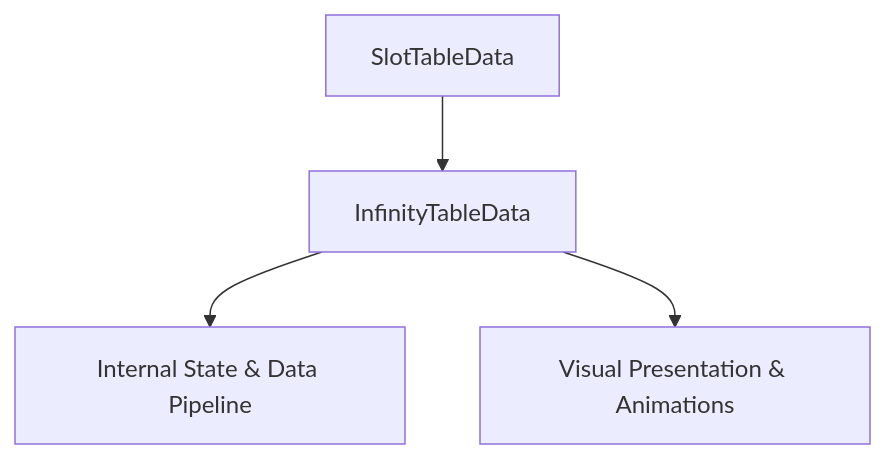
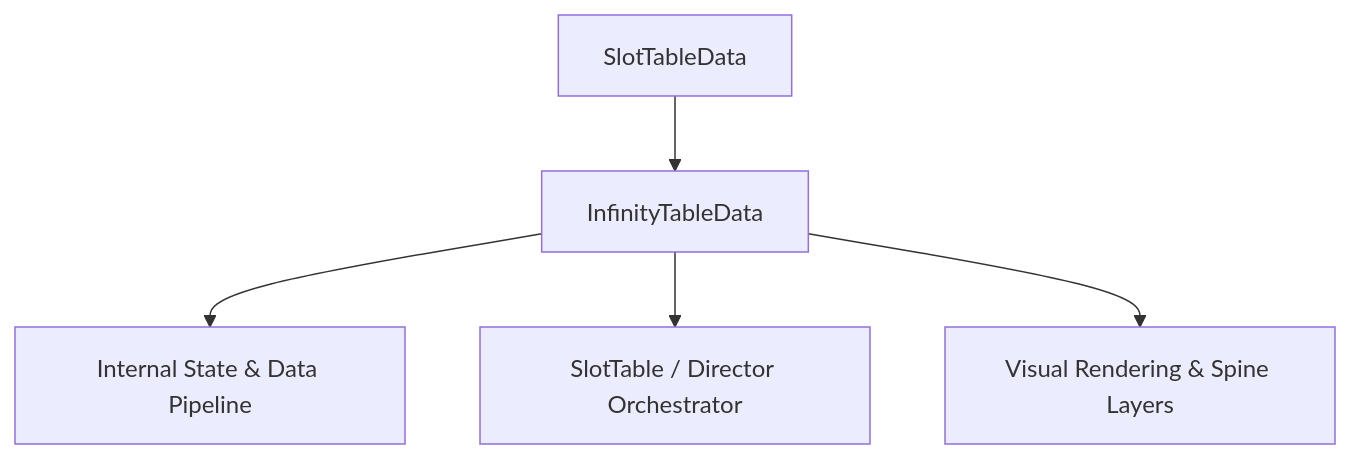
One commit to lam-ark/mcp-fwcc changed the diagram in docs/cc_slot_mechanics/modules/InfinityTableData/01_overview/01_architecture_and_role.md. Above: the diagram before and after it, drawn with Mermaid. The commit also changed other lines of this file and 2509 other files, not shown here.

````diff
--- a/docs/cc_slot_mechanics/modules/InfinityTableData/01_overview/01_architecture_and_role.md
+++ b/docs/cc_slot_mechanics/modules/InfinityTableData/01_overview/01_architecture_and_role.md
@@ -18,6 +24,7 @@
 ```mermaid
 graph TD
-    Parent[SlotTableData] --> Mod[InfinityTableData]
-    Mod --> State[Internal State & Data Pipeline]
-    Mod --> Render[Visual Presentation & Animations]
+    SuperClass[SlotTableData] --> TargetClass[InfinityTableData]
+    TargetClass --> DataPipeline[Internal State & Data Pipeline]
+    TargetClass --> Orchestrator[SlotTable / Director Orchestrator]
+    TargetClass --> ViewLayer[Visual Rendering & Spine Layers]
 ```
````
